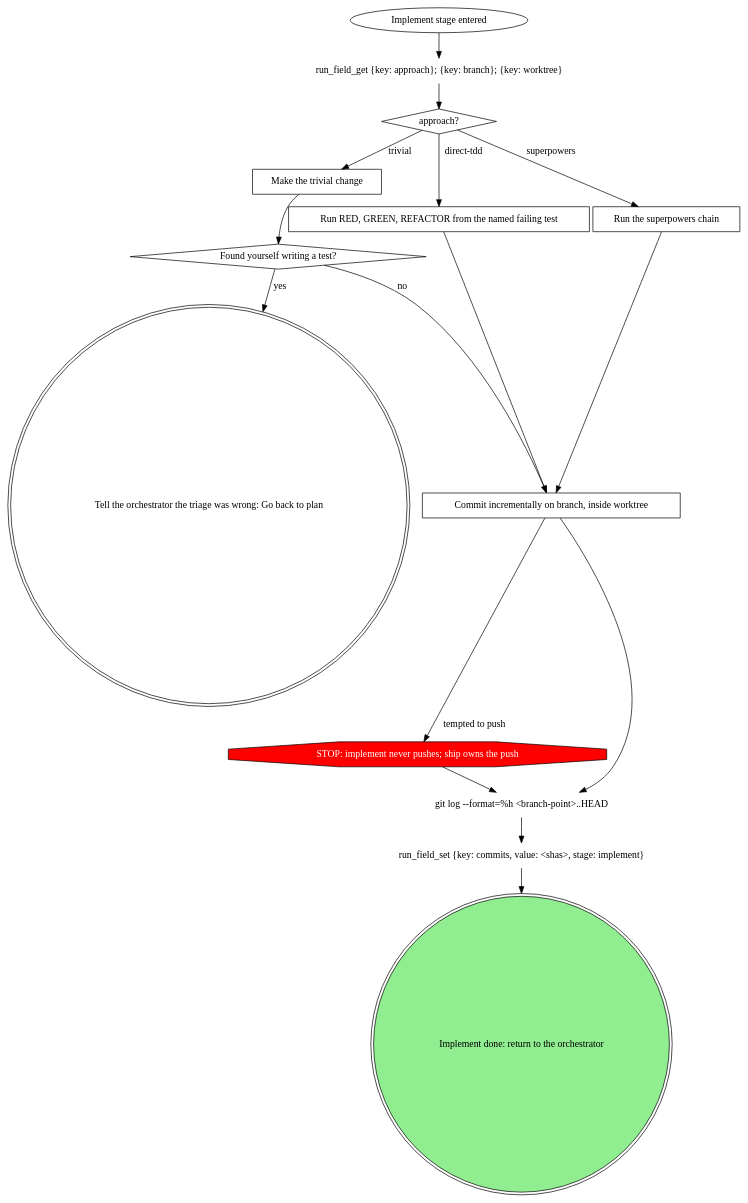
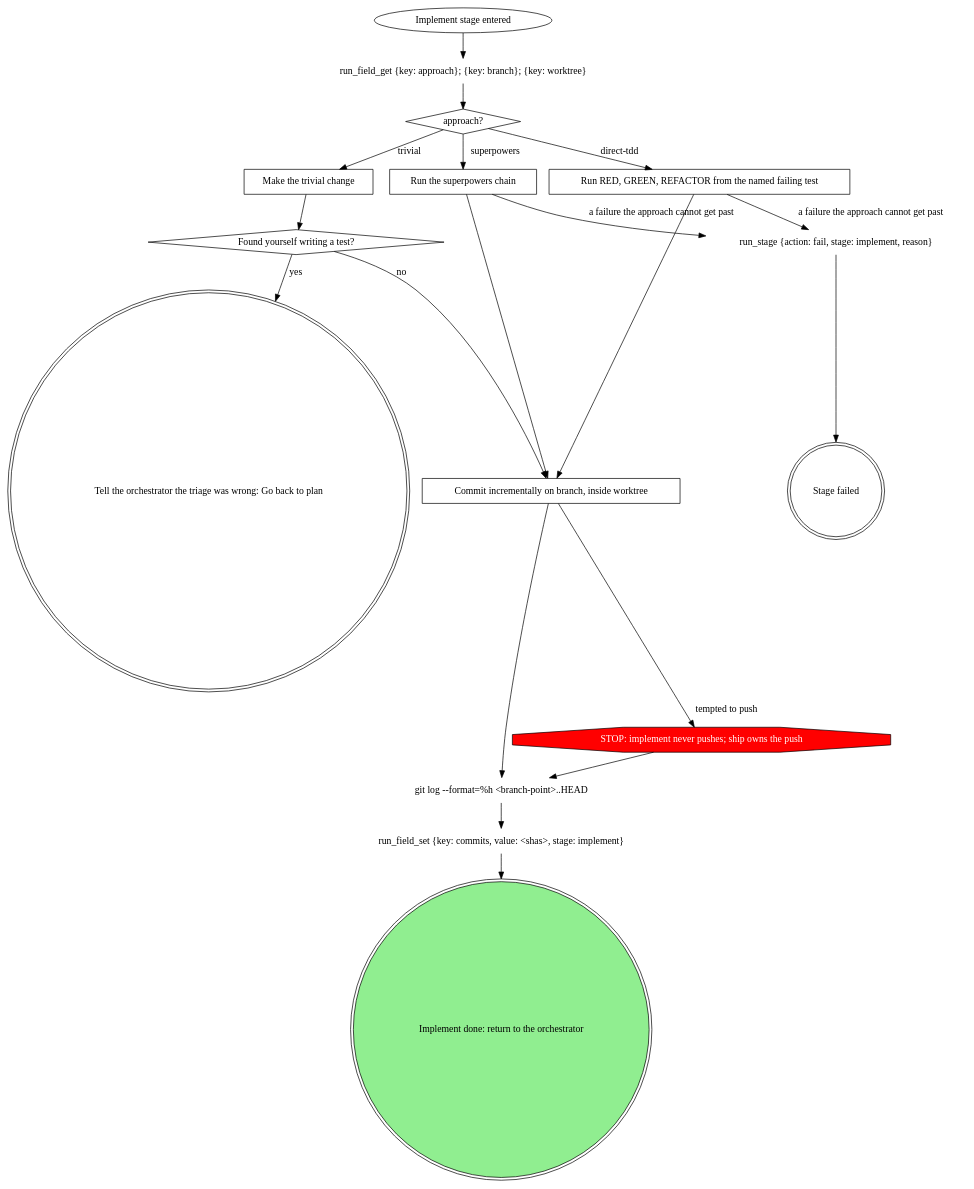
The diagram in attachments/work-next/work-next-implement/SKILL.md (m4ttstack/skills), drawn with Graphviz before and after one commit. The commit also changed other lines of this file and 3 other files, not shown here.

Commit message:
work-next: STOP precedence above every domain slot; gates STOP exits; implement can fail

````diff
--- a/attachments/work-next/work-next-implement/SKILL.md
+++ b/attachments/work-next/work-next-implement/SKILL.md
@@ -22,35 +22,40 @@
 ```dot
 digraph implement {
     rankdir=TB;
 
     "Implement stage entered" [shape=ellipse];
     "run_field_get {key: approach}; {key: branch}; {key: worktree}" [shape=plaintext];
     "approach?" [shape=diamond];
     "Make the trivial change" [shape=box];
     "Found yourself writing a test?" [shape=diamond];
     "Run RED, GREEN, REFACTOR from the named failing test" [shape=box];
     "Run the superpowers chain" [shape=box];
     "Commit incrementally on branch, inside worktree" [shape=box];
     "STOP: implement never pushes; ship owns the push" [shape=octagon style=filled fillcolor=red fontcolor=white];
     "git log --format=%h <branch-point>..HEAD" [shape=plaintext];
     "run_field_set {key: commits, value: <shas>, stage: implement}" [shape=plaintext];
+    "run_stage {action: fail, stage: implement, reason}" [shape=plaintext];
+    "Stage failed" [shape=doublecircle];
     "Tell the orchestrator the triage was wrong: Go back to plan" [shape=doublecircle];
     "Implement done: return to the orchestrator" [shape=doublecircle style=filled fillcolor=lightgreen];
 
     "Implement stage entered" -> "run_field_get {key: approach}; {key: branch}; {key: worktree}";
     "run_field_get {key: approach}; {key: branch}; {key: worktree}" -> "approach?";
     "approach?" -> "Make the trivial change" [label="trivial"];
     "approach?" -> "Run RED, GREEN, REFACTOR from the named failing test" [label="direct-tdd"];
     "approach?" -> "Run the superpowers chain" [label="superpowers"];
     "Make the trivial change" -> "Found yourself writing a test?";
     "Found yourself writing a test?" -> "Tell the orchestrator the triage was wrong: Go back to plan" [label="yes"];
     "Found yourself writing a test?" -> "Commit incrementally on branch, inside worktree" [label="no"];
     "Run RED, GREEN, REFACTOR from the named failing test" -> "Commit incrementally on branch, inside worktree";
+    "Run RED, GREEN, REFACTOR from the named failing test" -> "run_stage {action: fail, stage: implement, reason}" [label="a failure the approach cannot get past"];
     "Run the superpowers chain" -> "Commit incrementally on branch, inside worktree";
+    "Run the superpowers chain" -> "run_stage {action: fail, stage: implement, reason}" [label="a failure the approach cannot get past"];
     "Commit incrementally on branch, inside worktree" -> "git log --format=%h <branch-point>..HEAD";
     "Commit incrementally on branch, inside worktree" -> "STOP: implement never pushes; ship owns the push" [label="tempted to push"];
     "STOP: implement never pushes; ship owns the push" -> "git log --format=%h <branch-point>..HEAD";
     "git log --format=%h <branch-point>..HEAD" -> "run_field_set {key: commits, value: <shas>, stage: implement}";
     "run_field_set {key: commits, value: <shas>, stage: implement}" -> "Implement done: return to the orchestrator";
+    "run_stage {action: fail, stage: implement, reason}" -> "Stage failed";
 }
 ```
````
